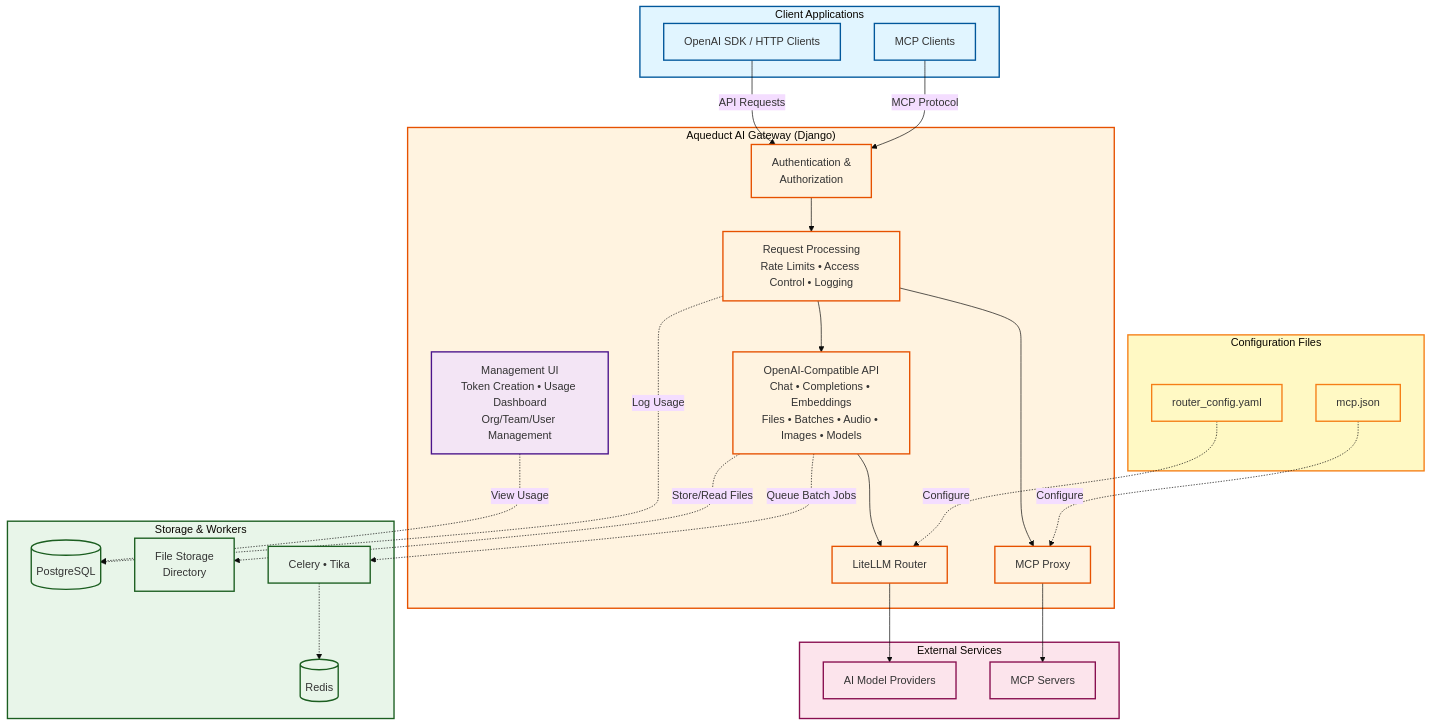
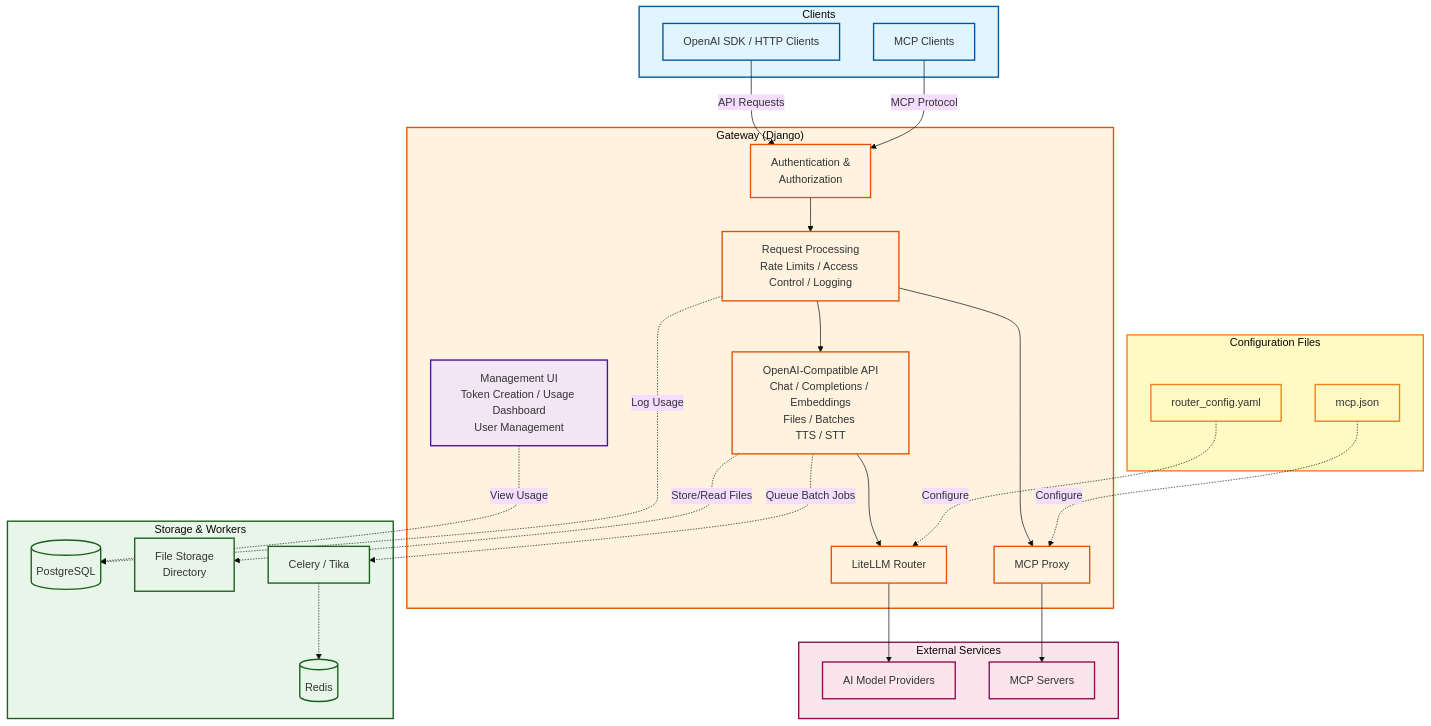
One commit to TU-Wien-dataLAB/aqueduct changed the diagram in README.md. Above: the diagram before and after it, drawn with Mermaid (base theme).

Commit message:
Update architecture diagram

````diff
--- a/README.md
+++ b/README.md
@@ -88,71 +88,71 @@
 ```mermaid
 flowchart TB
-    subgraph Client["Client Applications"]
+    subgraph Client["Clients"]
         OAIClients[OpenAI SDK / HTTP Clients]
         MCPClients[MCP Clients]
     end
 
-    subgraph Gateway["Aqueduct AI Gateway (Django)"]
+    subgraph Gateway["Gateway (Django)"]
         Auth[Authentication &<br/>Authorization]
-        Middleware[Request Processing<br/>Rate Limits • Access Control • Logging]
+        Middleware[Request Processing<br/>Rate Limits / Access Control / Logging]
         
-        API[OpenAI-Compatible API<br/>Chat • Completions • Embeddings<br/>Files • Batches • Audio • Images • Models]
+        API[OpenAI-Compatible API<br/>Chat / Completions / Embeddings<br/>Files / Batches <br/>TTS / STT]
         MCPProxy[MCP Proxy]
         
         LiteLLM[LiteLLM Router]
         
-        Admin[Management UI<br/>Token Creation • Usage Dashboard<br/>Org/Team/User Management]:::mgmtStyle
+        Admin[Management UI<br/>Token Creation / Usage Dashboard<br/>User Management]:::mgmtStyle
     end
     
     subgraph Config["Configuration Files"]
         RouterConfig[router_config.yaml]
         MCPConfig[mcp.json]
     end
     
     subgraph Storage["Storage & Workers"]
         DB[(PostgreSQL)]
         FileStorage[File Storage<br/>Directory]
         Cache[(Redis)]
-        Workers[Celery • Tika]
+        Workers[Celery / Tika]
     end
     
     subgraph External["External Services"]
         Models[AI Model Providers]
         MCP[MCP Servers]
     end
 
     OAIClients -->|API Requests| Auth
     MCPClients -->|MCP Protocol| Auth
     
     Auth --> Middleware
     Middleware --> API
     Middleware --> MCPProxy
     
     API --> LiteLLM
     LiteLLM --> Models
     
     MCPProxy --> MCP
     
     RouterConfig -.->|Configure| LiteLLM
     MCPConfig -.->|Configure| MCPProxy
     
     Admin -.->|View Usage| DB
     Middleware -.->|Log Usage| DB
     
     API -.->|Store/Read Files| FileStorage
     API -.->|Queue Batch Jobs| Workers
     Workers -.-> Cache
     
     classDef clientStyle fill:#e1f5ff,stroke:#01579b,stroke-width:2px
     classDef gatewayStyle fill:#fff3e0,stroke:#e65100,stroke-width:2px
     classDef mgmtStyle fill:#f3e5f5,stroke:#4a148c,stroke-width:2px
     classDef configStyle fill:#fff9c4,stroke:#f57f17,stroke-width:2px
     classDef storageStyle fill:#e8f5e9,stroke:#1b5e20,stroke-width:2px
     classDef externalStyle fill:#fce4ec,stroke:#880e4f,stroke-width:2px
     
     class Client,OAIClients,MCPClients clientStyle
     class Gateway,Auth,Middleware,API,MCPProxy,LiteLLM gatewayStyle
     class Config,RouterConfig,MCPConfig configStyle
     class Storage,DB,FileStorage,Cache,Workers storageStyle
     class External,Models,MCP externalStyle
 ```
````
